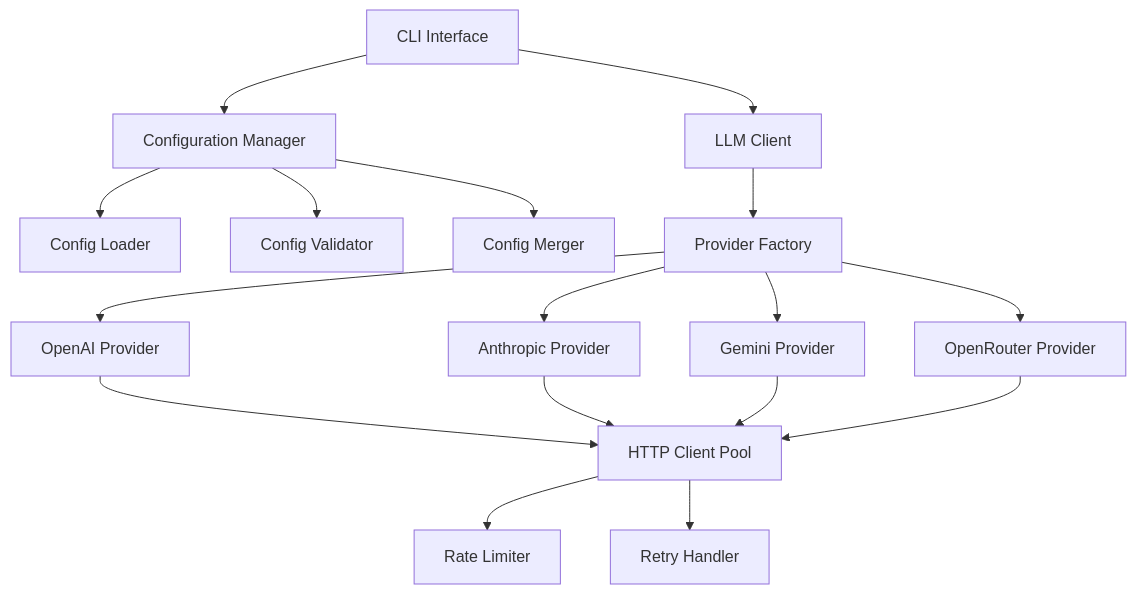
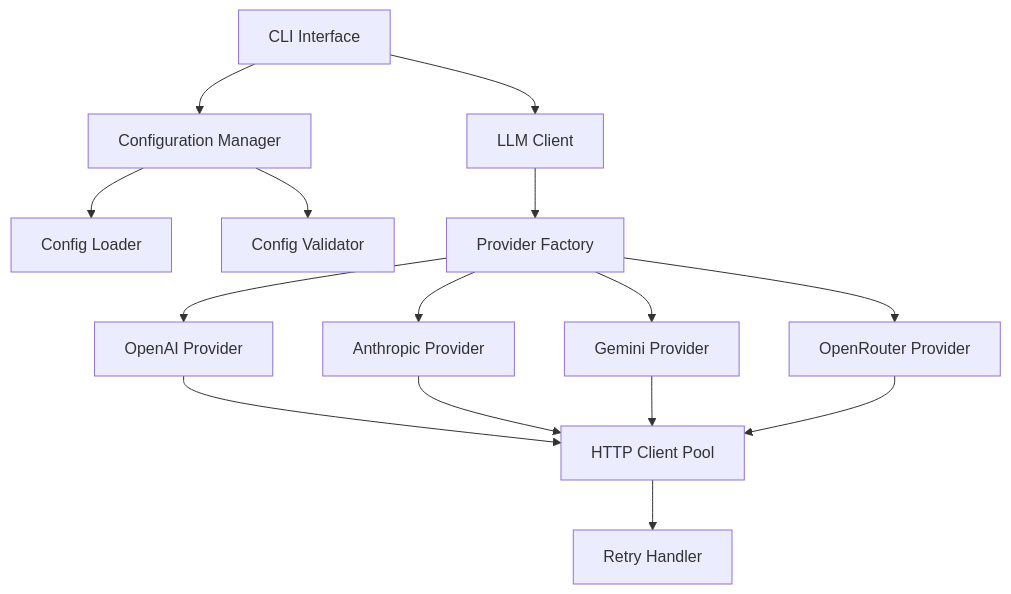
Before and after one commit to shuhaoliu/llm-rationale-benchmark: the first of 2 diagrams in .kiro/specs/llm-connector/design.md, drawn with Mermaid. The commit also changed other lines of this file and 2 other files, not shown here.

````diff
--- a/.kiro/specs/llm-connector/design.md
+++ b/.kiro/specs/llm-connector/design.md
@@ -11,23 +11,21 @@
 ```mermaid
 graph TB
     CLI[CLI Interface] --> Config[Configuration Manager]
     CLI --> LLMClient[LLM Client]
     
     Config --> Loader[Config Loader]
     Config --> Validator[Config Validator]
-    Config --> Merger[Config Merger]
     
     LLMClient --> Factory[Provider Factory]
     Factory --> OpenAI[OpenAI Provider]
     Factory --> Anthropic[Anthropic Provider]
     Factory --> Gemini[Gemini Provider]
     Factory --> OpenRouter[OpenRouter Provider]
     
     OpenAI --> HTTPClient[HTTP Client Pool]
     Anthropic --> HTTPClient
     Gemini --> HTTPClient
     OpenRouter --> HTTPClient
     
-    HTTPClient --> RateLimit[Rate Limiter]
     HTTPClient --> Retry[Retry Handler]
 ```
````
